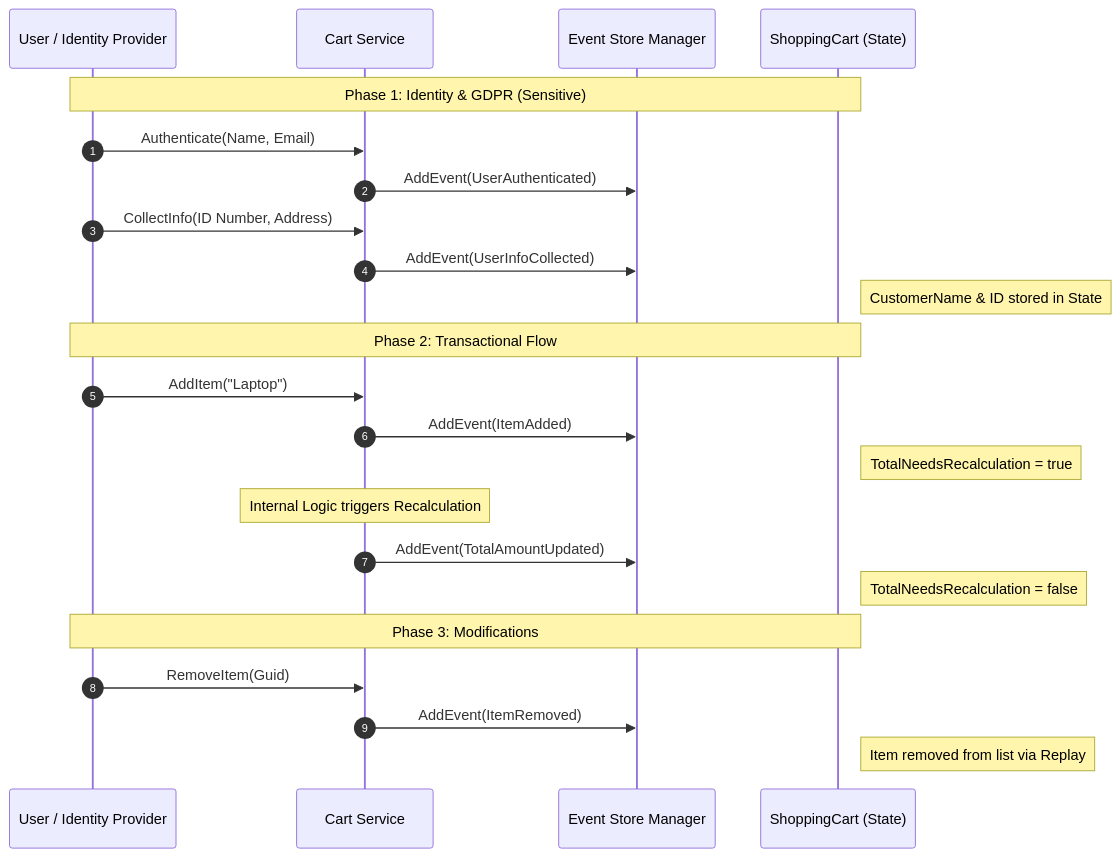
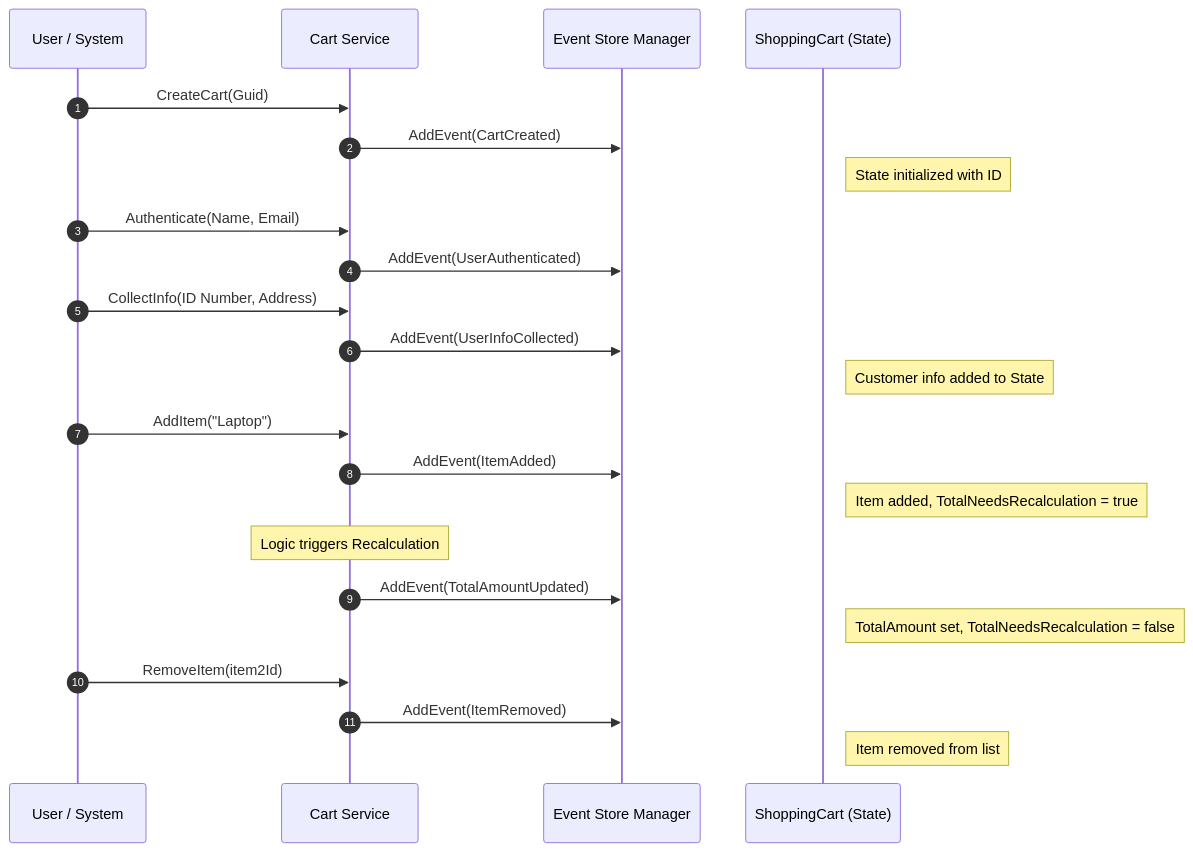
One commit to victorcassel/SyncSourcing.Core changed the diagram in src/PoC1.BasicEventSourcing/README.md. Above: the diagram before and after it, drawn with Mermaid.

Commit message:
fixed mermaid

````diff
--- a/src/PoC1.BasicEventSourcing/README.md
+++ b/src/PoC1.BasicEventSourcing/README.md
@@ -27,29 +27,31 @@
 ```mermaid
 sequenceDiagram
     autonumber
-    participant U as User / Identity Provider
+    participant U as User / System
     participant S as Cart Service
     participant M as Event Store Manager
     participant St as ShoppingCart (State)
 
-    Note over U, St: Phase 1: Identity & GDPR (Sensitive)
+    U->>S: CreateCart(Guid)
+    S->>M: AddEvent(CartCreated)
+    Note right of St: State initialized with ID
+
     U->>S: Authenticate(Name, Email)
     S->>M: AddEvent(UserAuthenticated)
+    
     U->>S: CollectInfo(ID Number, Address)
     S->>M: AddEvent(UserInfoCollected)
-    Note right of St: CustomerName & ID stored in State
+    Note right of St: Customer info added to State
 
-    Note over U, St: Phase 2: Transactional Flow
     U->>S: AddItem("Laptop")
     S->>M: AddEvent(ItemAdded)
-    Note right of St: TotalNeedsRecalculation = true
+    Note right of St: Item added, TotalNeedsRecalculation = true
     
-    Note over S: Internal Logic triggers Recalculation
+    Note over S: Logic triggers Recalculation
     S->>M: AddEvent(TotalAmountUpdated)
-    Note right of St: TotalNeedsRecalculation = false
+    Note right of St: TotalAmount set, TotalNeedsRecalculation = false
 
-    Note over U, St: Phase 3: Modifications
-    U->>S: RemoveItem(Guid)
+    U->>S: RemoveItem(item2Id)
     S->>M: AddEvent(ItemRemoved)
-    Note right of St: Item removed from list via Replay
+    Note right of St: Item removed from list
 ```
````
